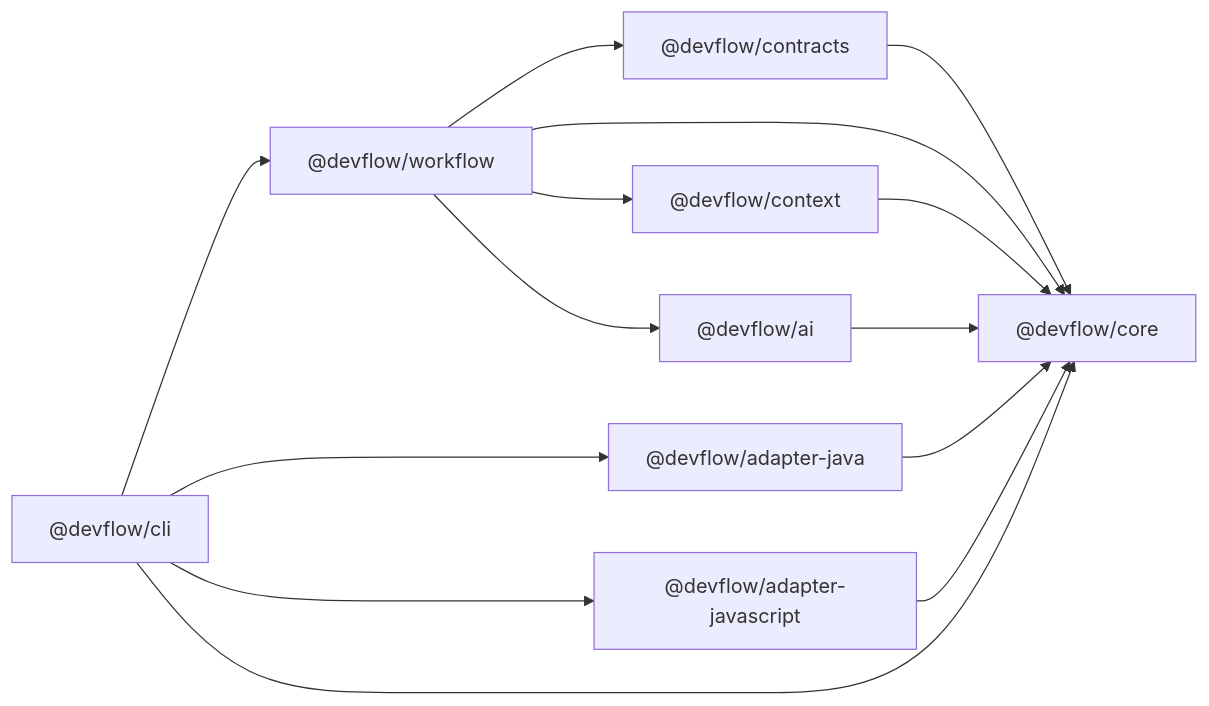
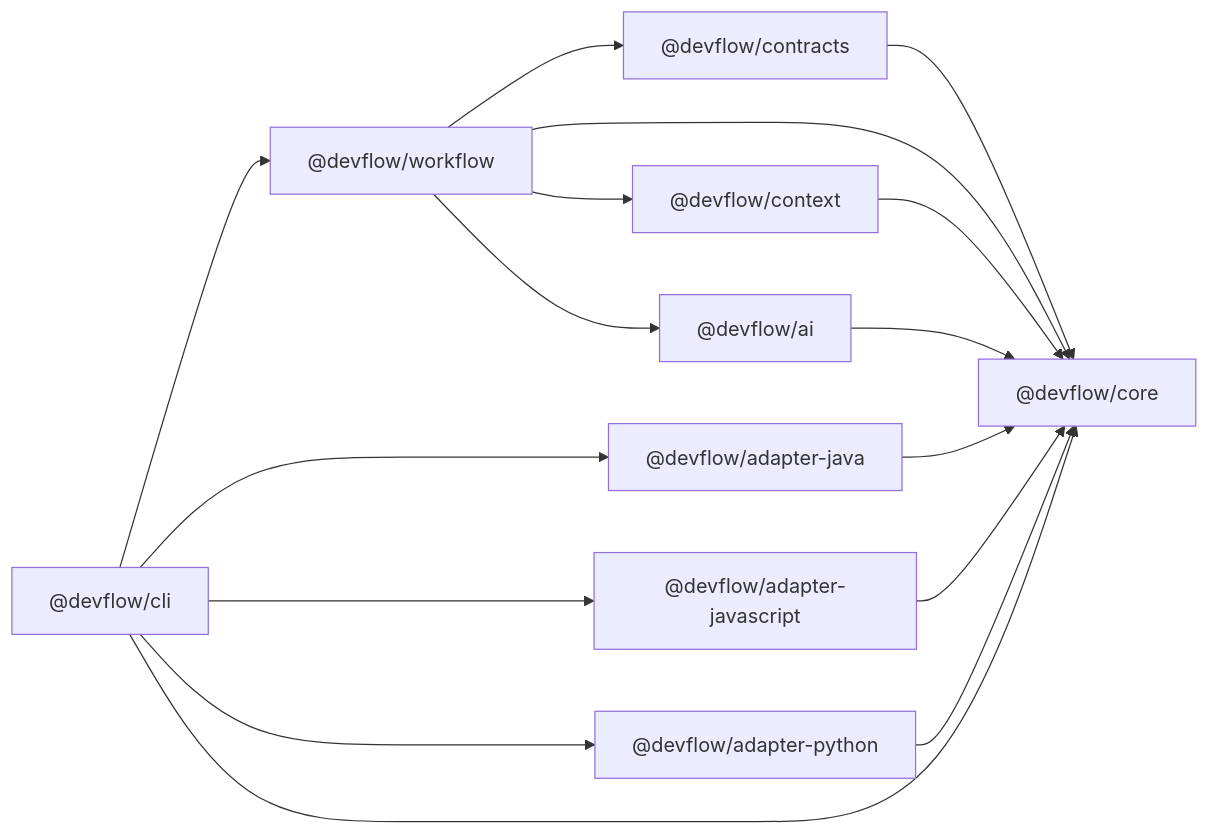
One commit to mohamedyangui/DevFlow changed the diagram in docs/architecture/overview.md. Above: the diagram before and after it, drawn with Mermaid. The commit also changed other lines of this file and 57 other files, not shown here.

Commit message:
Add Python language adapter: @devflow/adapter-python

````diff
--- a/docs/architecture/overview.md
+++ b/docs/architecture/overview.md
@@ -37,16 +37,18 @@
 ```mermaid
 flowchart LR
   cli["@devflow/cli"] --> workflow["@devflow/workflow"]
   cli --> java["@devflow/adapter-java"]
   cli --> js["@devflow/adapter-javascript"]
+  cli --> py["@devflow/adapter-python"]
   workflow --> context["@devflow/context"]
   workflow --> ai["@devflow/ai"]
   workflow --> contracts["@devflow/contracts"]
   contracts --> core
   workflow --> core["@devflow/core"]
   context --> core
   ai --> core
   java --> core
   js --> core
+  py --> core
   cli --> core
 ```
````
